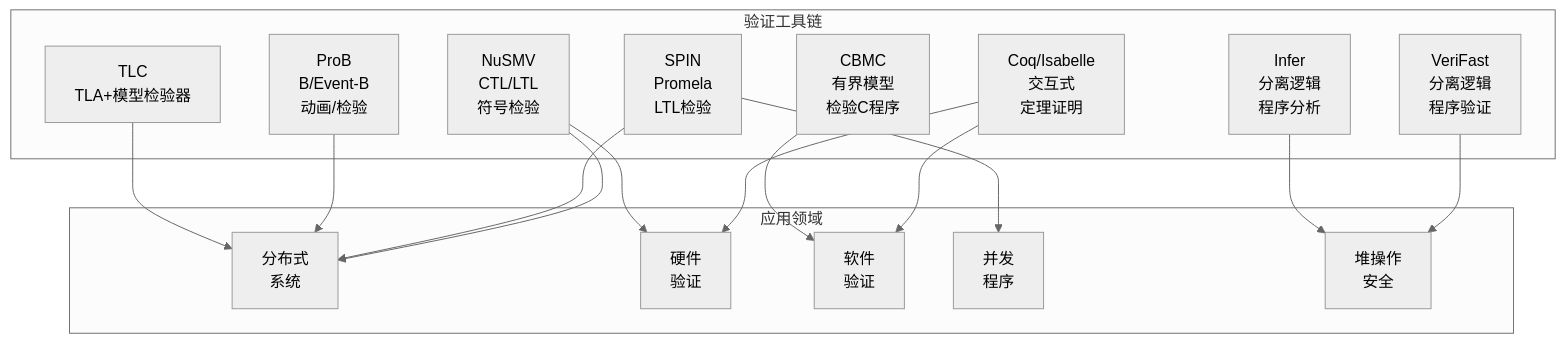
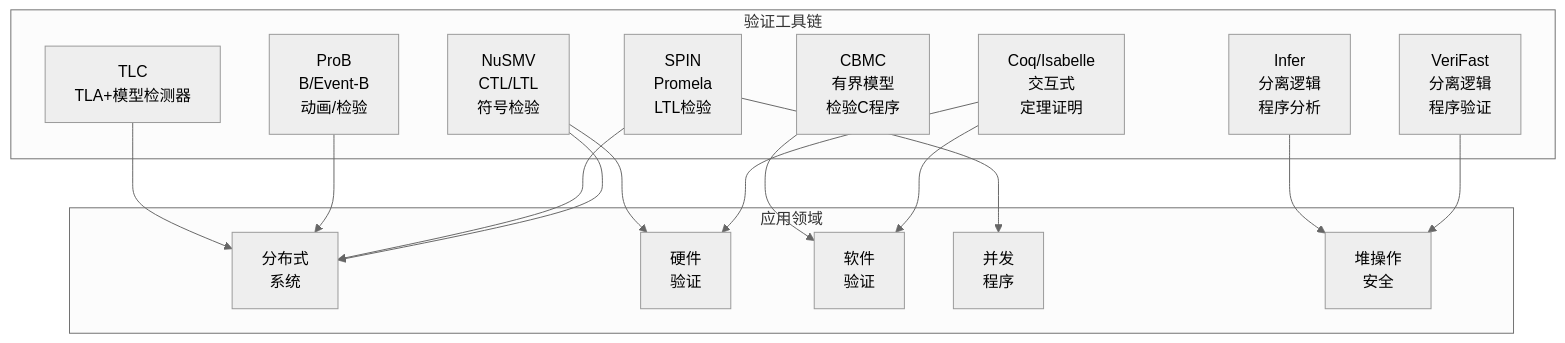
Before and after one commit to AdaMartin18010/AnalysisDataFlow: the fourth of 4 diagrams in formal-methods/COMPARISON-LOGICS.md, drawn with Mermaid (neutral theme). The commit also changed other lines of this file and 129 other files, not shown here.

````diff
--- a/formal-methods/COMPARISON-LOGICS.md
+++ b/formal-methods/COMPARISON-LOGICS.md
@@ -398,53 +398,53 @@
 ```mermaid
 graph TB
     subgraph "验证工具链"
     TLC[TLC
-    TLA+模型检验器]
+    TLA+模型检测器]
     ProB[ProB
     B/Event-B
     动画/检验]
     Spin[SPIN
     Promela
     LTL检验]
     NuSMV[NuSMV
     CTL/LTL
     符号检验]
     CBMC[CBMC
     有界模型
     检验C程序]
     Infer[Infer
     分离逻辑
     程序分析]
     Verifast[VeriFast
     分离逻辑
     程序验证]
     Coq[Coq/Isabelle
     交互式
     定理证明]
     end
 
     subgraph "应用领域"
     Dist[分布式
     系统]
     HW[硬件
     验证]
     SW[软件
     验证]
     Conc[并发
     程序]
     Heap[堆操作
     安全]
     end
 
     TLC --> Dist
     ProB --> Dist
     Spin --> Dist
     Spin --> Conc
     NuSMV --> HW
     NuSMV --> Dist
     CBMC --> SW
     Infer --> Heap
     Verifast --> Heap
     Coq --> SW
     Coq --> HW
 ```
````
